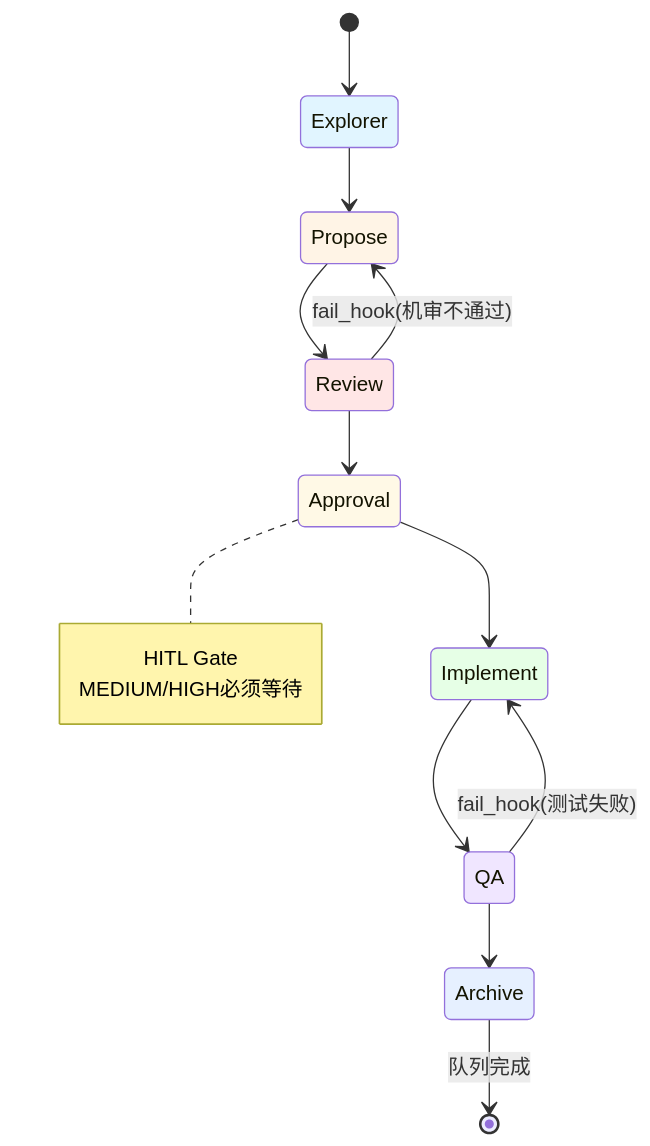
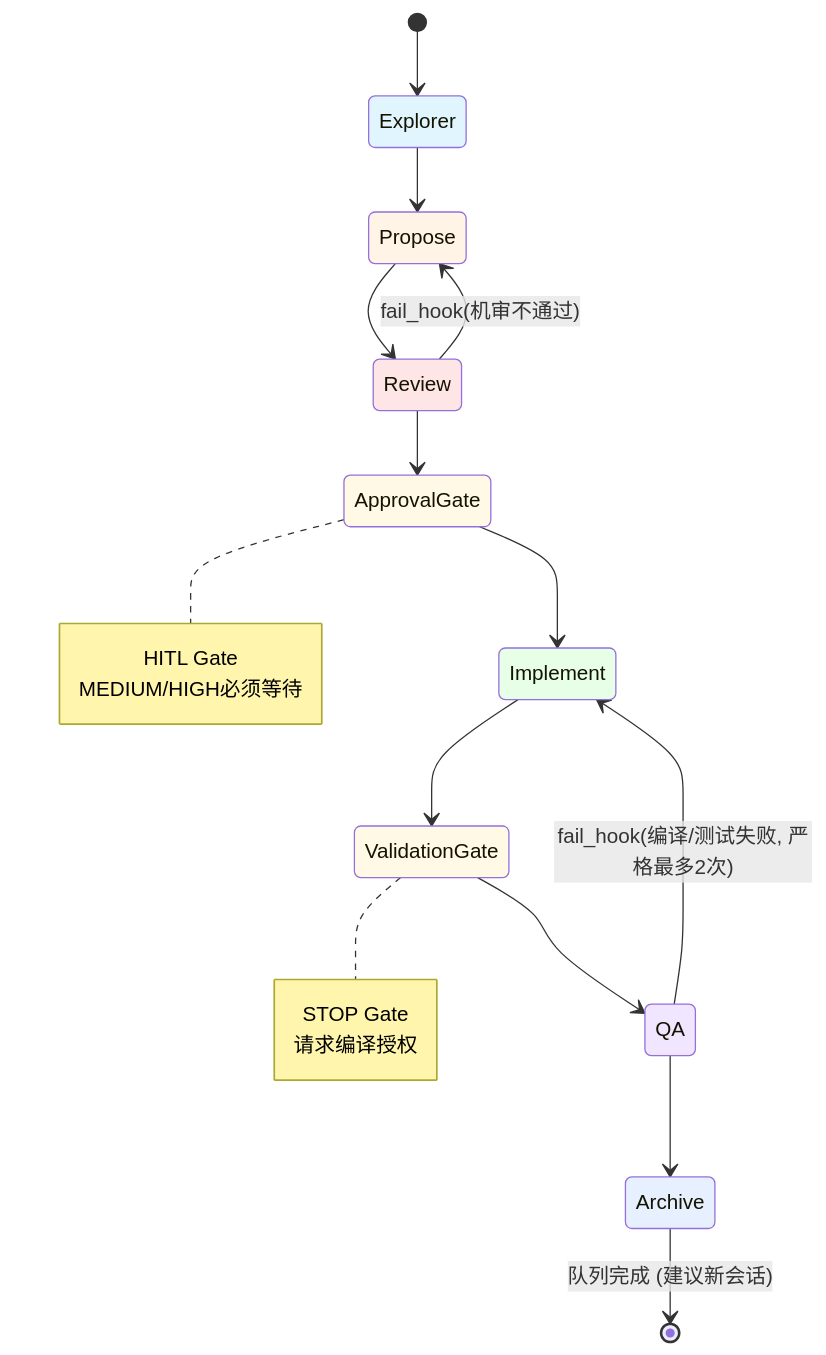
Before and after one commit to listener-He/java-harness-agent: diagram 15 of 25 in ENGINEERING_MANUAL_zh.md, drawn with Mermaid. The commit also changed other lines of this file and 12 other files, not shown here.

````diff
--- a/ENGINEERING_MANUAL_zh.md
+++ b/ENGINEERING_MANUAL_zh.md
@@ -1897,27 +1898,34 @@
 ```mermaid
 stateDiagram-v2
     [*] --> Explorer
     Explorer --> Propose
     Propose --> Review
-    Review --> Approval
-    Approval --> Implement
-    Implement --> QA
+    Review --> ApprovalGate
+    ApprovalGate --> Implement
+    Implement --> ValidationGate
+    ValidationGate --> QA
     QA --> Archive
-    Archive --> [*] : 队列完成
+    Archive --> [*] : 队列完成 (建议新会话)
     
     Review --> Propose : fail_hook(机审不通过)
-    QA --> Implement : fail_hook(测试失败)
+    QA --> Implement : fail_hook(编译/测试失败, 严格最多2次)
     
-    note right of Approval
+    note right of ApprovalGate
         HITL Gate
         MEDIUM/HIGH必须等待
+    end note
+    
+    note right of ValidationGate
+        STOP Gate
+        请求编译授权
     end note
     
     style Explorer fill:#e1f5ff
     style Propose fill:#fff4e6
     style Review fill:#ffe6e6
-    style Approval fill:#fff9e6
+    style ApprovalGate fill:#fff9e6
     style Implement fill:#e6ffe6
+    style ValidationGate fill:#fff9e6
     style QA fill:#f0e6ff
     style Archive fill:#e6f0ff
 ```
````
